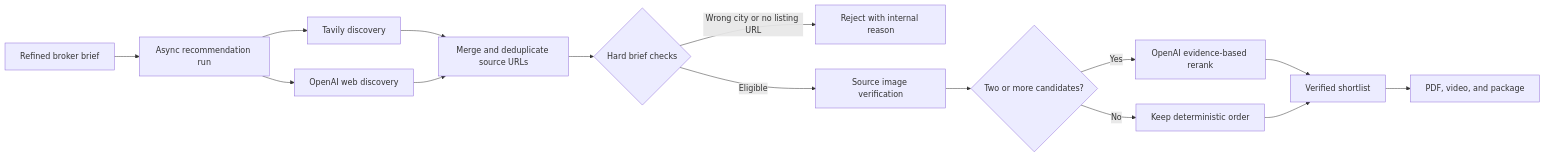
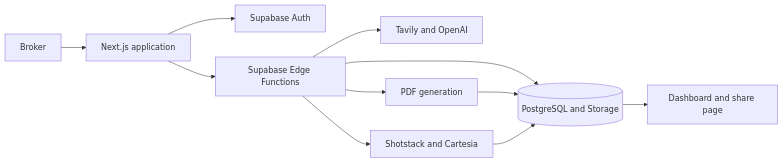
One commit to vinayakpareek-0/PropShorts_ changed the diagram in README.md. Above: the diagram before and after it, drawn with Mermaid. The commit also changed other lines of this file and 2 other files, not shown here.

````diff
--- a/README.md
+++ b/README.md
@@ -44,17 +16,13 @@
 ```mermaid
 flowchart LR
-  A[Refined broker brief] --> B[Async recommendation run]
-  B --> C[Tavily discovery]
-  B --> D[OpenAI web discovery]
-  C --> E[Merge and deduplicate source URLs]
-  D --> E
-  E --> F{Hard brief checks}
-  F -->|Wrong city or no listing URL| G[Reject with internal reason]
-  F -->|Eligible| H[Source image verification]
-  H --> I{Two or more candidates?}
-  I -->|Yes| J[OpenAI evidence-based rerank]
-  I -->|No| K[Keep deterministic order]
-  J --> L[Verified shortlist]
-  K --> L
-  L --> M[PDF, video, and package]
+    Broker[Broker] --> Web[Next.js application]
+    Web --> Auth[Supabase Auth]
+    Web --> Functions[Supabase Edge Functions]
+    Functions --> Search[Tavily and OpenAI]
+    Functions --> Data[(PostgreSQL and Storage)]
+    Functions --> PDF[PDF generation]
+    Functions --> Video[Shotstack and Cartesia]
+    PDF --> Data
+    Video --> Data
+    Data --> Package[Dashboard and share page]
 ```
````
